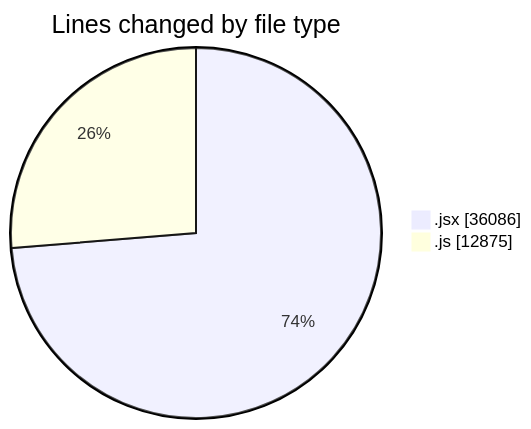
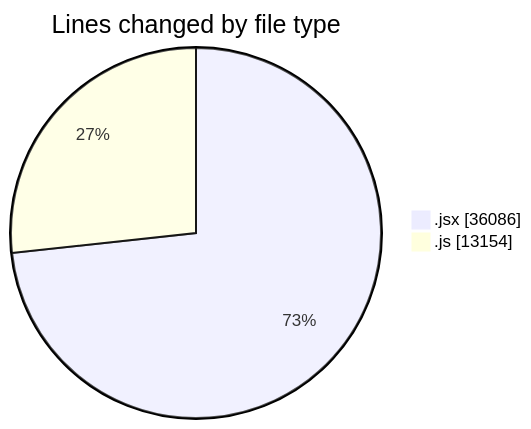
Before and after one commit to nxtqubesakshisongat/code-tracking: the first of 2 diagrams in 2025-09-29/nxtqube_webapp/README.md, drawn with Mermaid. The commit also changed other lines of this file and 1 other file, not shown here.

````diff
--- a/2025-09-29/nxtqube_webapp/README.md
+++ b/2025-09-29/nxtqube_webapp/README.md
@@ -22,6 +22,6 @@
 ```mermaid
 pie showData
 title Lines changed by file type
 ".jsx" : 36086
-".js" : 12875
+".js" : 13154
 ```
````
